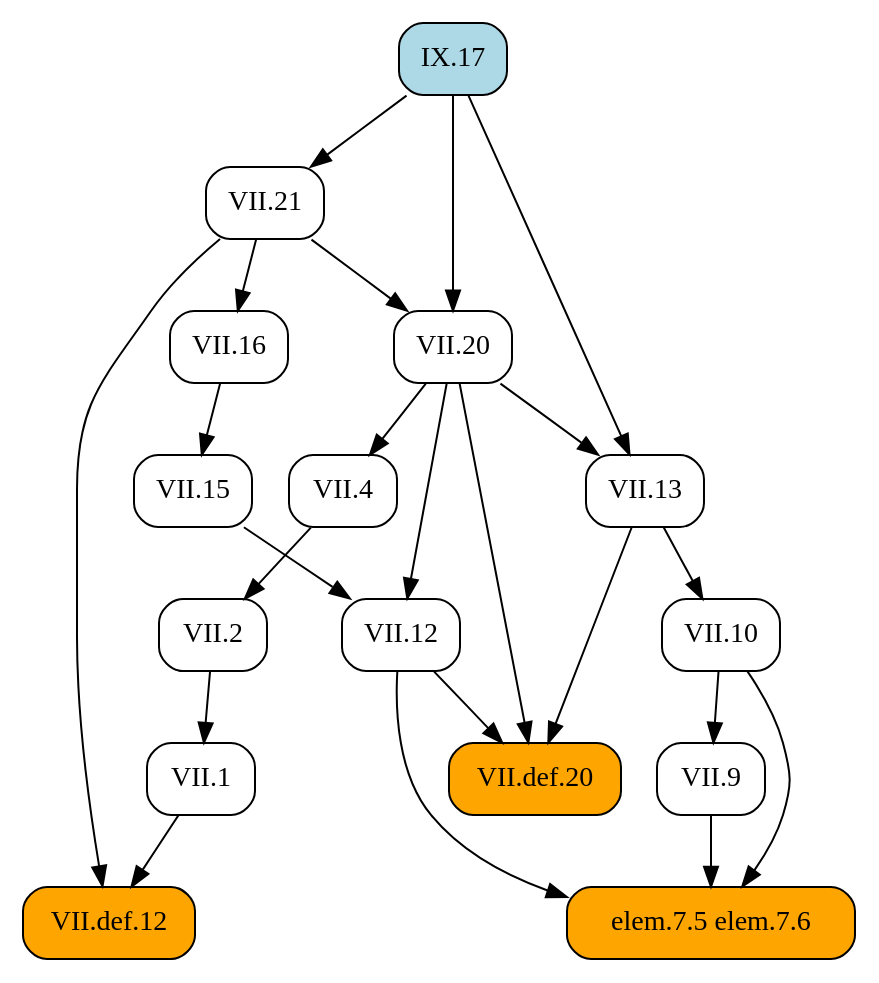
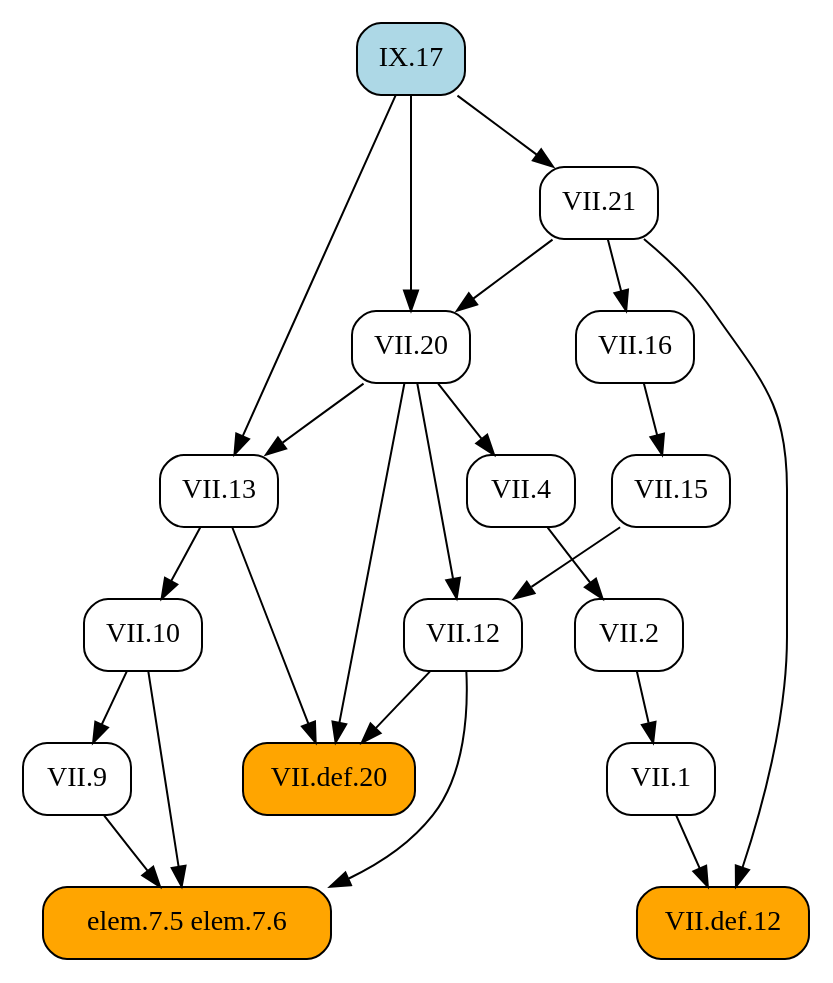
One commit to geometor/elements changed the diagram in docsrc/heath/IX/17/index.rst. Above: the diagram before and after it, drawn with Graphviz. The commit also changed other lines of this file and 1029 other files, not shown here.

```diff
--- a/docsrc/heath/IX/17/index.rst
+++ b/docsrc/heath/IX/17/index.rst
@@ -42,43 +42,43 @@
 .. graphviz::
 
    digraph {
      rankdir="TB";
      node [shape=box, style=rounded];
+     "elem.7.5 elem.7.6" [style="rounded,filled", fillcolor=orange];
      "VII.20" [URL="/heath/VII/20/", target="_top"];
-     "VII.4" [URL="/heath/VII/4/", target="_top"];
      "VII.def.12" [style="rounded,filled", fillcolor=orange, URL="/heath/VII/def.12/", target="_top"];
-     "VII.12" [URL="/heath/VII/12/", target="_top"];
-     "VII.15" [URL="/heath/VII/15/", target="_top"];
-     "VII.2" [URL="/heath/VII/2/", target="_top"];
-     "VII.9" [URL="/heath/VII/9/", target="_top"];
-     "IX.17" [style="rounded,filled", fillcolor=lightblue, URL="/heath/IX/17/", target="_top"];
-     "VII.def.20" [style="rounded,filled", fillcolor=orange, URL="/heath/VII/def.20/", target="_top"];
-     "elem.7.5 elem.7.6" [style="rounded,filled", fillcolor=orange];
-     "VII.16" [URL="/heath/VII/16/", target="_top"];
-     "VII.13" [URL="/heath/VII/13/", target="_top"];
      "VII.1" [URL="/heath/VII/1/", target="_top"];
      "VII.10" [URL="/heath/VII/10/", target="_top"];
+     "VII.9" [URL="/heath/VII/9/", target="_top"];
+     "VII.13" [URL="/heath/VII/13/", target="_top"];
+     "VII.2" [URL="/heath/VII/2/", target="_top"];
+     "VII.16" [URL="/heath/VII/16/", target="_top"];
+     "VII.12" [URL="/heath/VII/12/", target="_top"];
+     "VII.4" [URL="/heath/VII/4/", target="_top"];
+     "VII.15" [URL="/heath/VII/15/", target="_top"];
      "VII.21" [URL="/heath/VII/21/", target="_top"];
+     "VII.def.20" [style="rounded,filled", fillcolor=orange, URL="/heath/VII/def.20/", target="_top"];
+     "IX.17" [style="rounded,filled", fillcolor=lightblue, URL="/heath/IX/17/", target="_top"];
+     "VII.9" -> "elem.7.5 elem.7.6";
+     "VII.10" -> "elem.7.5 elem.7.6";
+     "VII.12" -> "elem.7.5 elem.7.6";
      "VII.21" -> "VII.20";
      "IX.17" -> "VII.20";
-     "VII.20" -> "VII.4";
      "VII.1" -> "VII.def.12";
      "VII.21" -> "VII.def.12";
+     "VII.2" -> "VII.1";
+     "VII.13" -> "VII.10";
+     "VII.10" -> "VII.9";
+     "VII.20" -> "VII.13";
+     "IX.17" -> "VII.13";
+     "VII.4" -> "VII.2";
+     "VII.21" -> "VII.16";
      "VII.15" -> "VII.12";
      "VII.20" -> "VII.12";
+     "VII.20" -> "VII.4";
      "VII.16" -> "VII.15";
-     "VII.4" -> "VII.2";
-     "VII.10" -> "VII.9";
+     "IX.17" -> "VII.21";
      "VII.12" -> "VII.def.20";
      "VII.13" -> "VII.def.20";
      "VII.20" -> "VII.def.20";
-     "VII.9" -> "elem.7.5 elem.7.6";
-     "VII.10" -> "elem.7.5 elem.7.6";
-     "VII.12" -> "elem.7.5 elem.7.6";
-     "VII.21" -> "VII.16";
-     "VII.20" -> "VII.13";
-     "IX.17" -> "VII.13";
-     "VII.2" -> "VII.1";
-     "VII.13" -> "VII.10";
-     "IX.17" -> "VII.21";
    }
```
